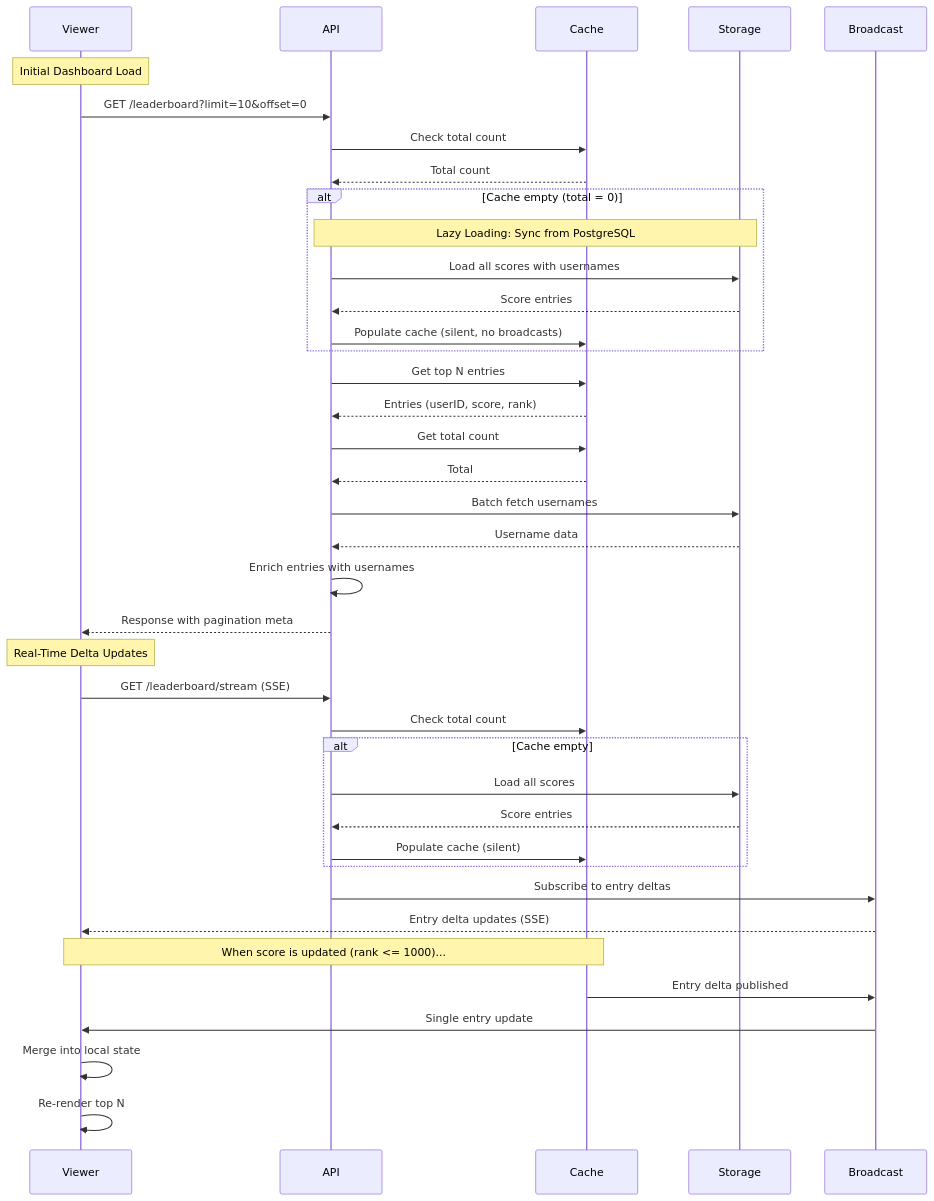
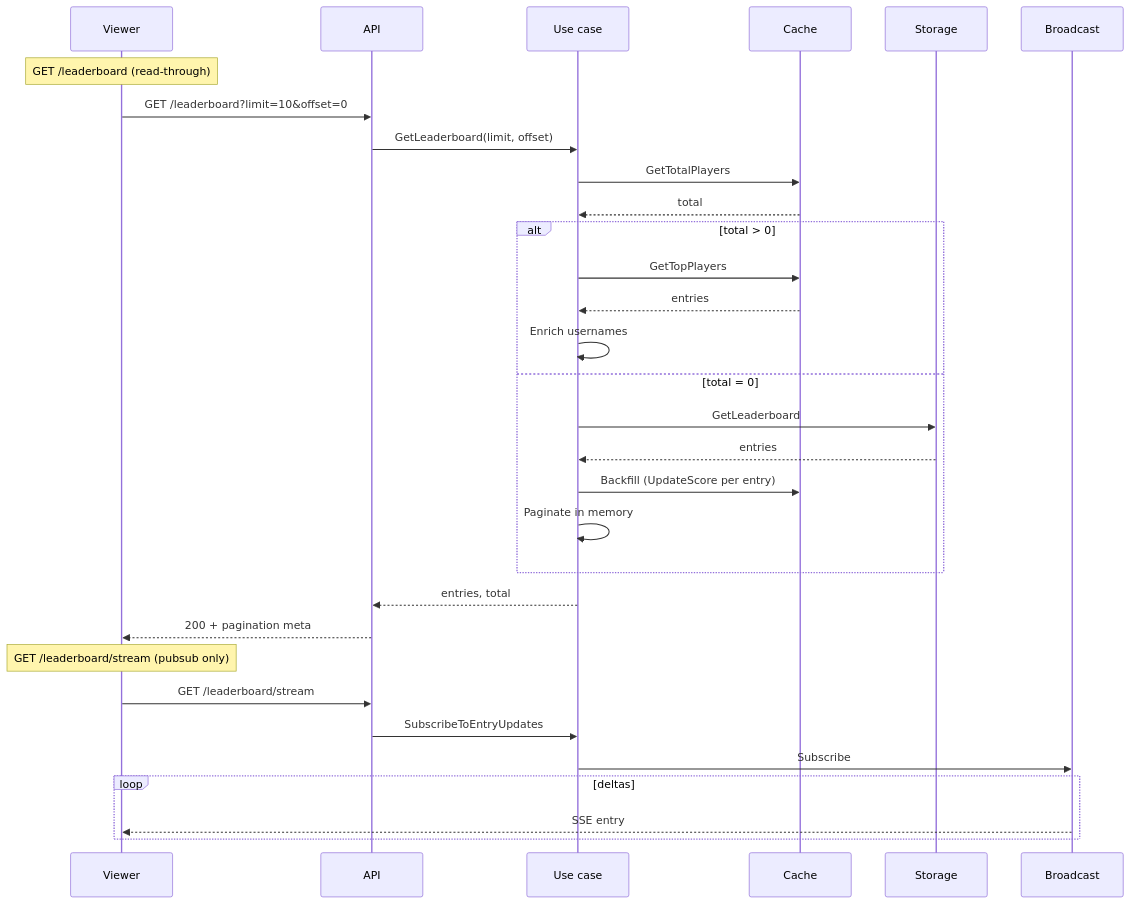
The fourth of 4 diagrams in docs/modules.md (nhatnam1507/real-time-leaderboard), drawn with Mermaid before and after one commit. The commit also changed other lines of this file and 9 other files, not shown here.

````diff
--- a/docs/modules.md
+++ b/docs/modules.md
@@ -172,44 +158,35 @@
 ```mermaid
 sequenceDiagram
     participant Viewer
     participant API
+    participant UC as Use case
     participant Cache
     participant Storage
     participant Broadcast
     
-    Note over Viewer: Initial Dashboard Load
+    Note over Viewer: GET /leaderboard (read-through)
     Viewer->>API: GET /leaderboard?limit=10&offset=0
-    API->>Cache: Check total count
-    Cache-->>API: Total count
-    alt Cache empty (total = 0)
-        Note over API,Storage: Lazy Loading: Sync from PostgreSQL
-        API->>Storage: Load all scores with usernames
-        Storage-->>API: Score entries
-        API->>Cache: Populate cache (silent, no broadcasts)
+    API->>UC: GetLeaderboard(limit, offset)
+    UC->>Cache: GetTotalPlayers
+    Cache-->>UC: total
+    alt total > 0
+        UC->>Cache: GetTopPlayers
+        Cache-->>UC: entries
+        UC->>UC: Enrich usernames
+    else total = 0
+        UC->>Storage: GetLeaderboard
+        Storage-->>UC: entries
+        UC->>Cache: Backfill (UpdateScore per entry)
+        UC->>UC: Paginate in memory
     end
-    API->>Cache: Get top N entries
-    Cache-->>API: Entries (userID, score, rank)
-    API->>Cache: Get total count
-    Cache-->>API: Total
-    API->>Storage: Batch fetch usernames
-    Storage-->>API: Username data
-    API->>API: Enrich entries with usernames
-    API-->>Viewer: Response with pagination meta
+    UC-->>API: entries, total
+    API-->>Viewer: 200 + pagination meta
     
-    Note over Viewer: Real-Time Delta Updates
-    Viewer->>API: GET /leaderboard/stream (SSE)
-    API->>Cache: Check total count
-    alt Cache empty
-        API->>Storage: Load all scores
-        Storage-->>API: Score entries
-        API->>Cache: Populate cache (silent)
+    Note over Viewer: GET /leaderboard/stream (pubsub only)
+    Viewer->>API: GET /leaderboard/stream
+    API->>UC: SubscribeToEntryUpdates
+    UC->>Broadcast: Subscribe
+    loop deltas
+        Broadcast-->>Viewer: SSE entry
     end
-    API->>Broadcast: Subscribe to entry deltas
-    Broadcast-->>Viewer: Entry delta updates (SSE)
-    
-    Note over Cache,Viewer: When score is updated (rank <= 1000)...
-    Cache->>Broadcast: Entry delta published
-    Broadcast->>Viewer: Single entry update
-    Viewer->>Viewer: Merge into local state
-    Viewer->>Viewer: Re-render top N
 ```
````
